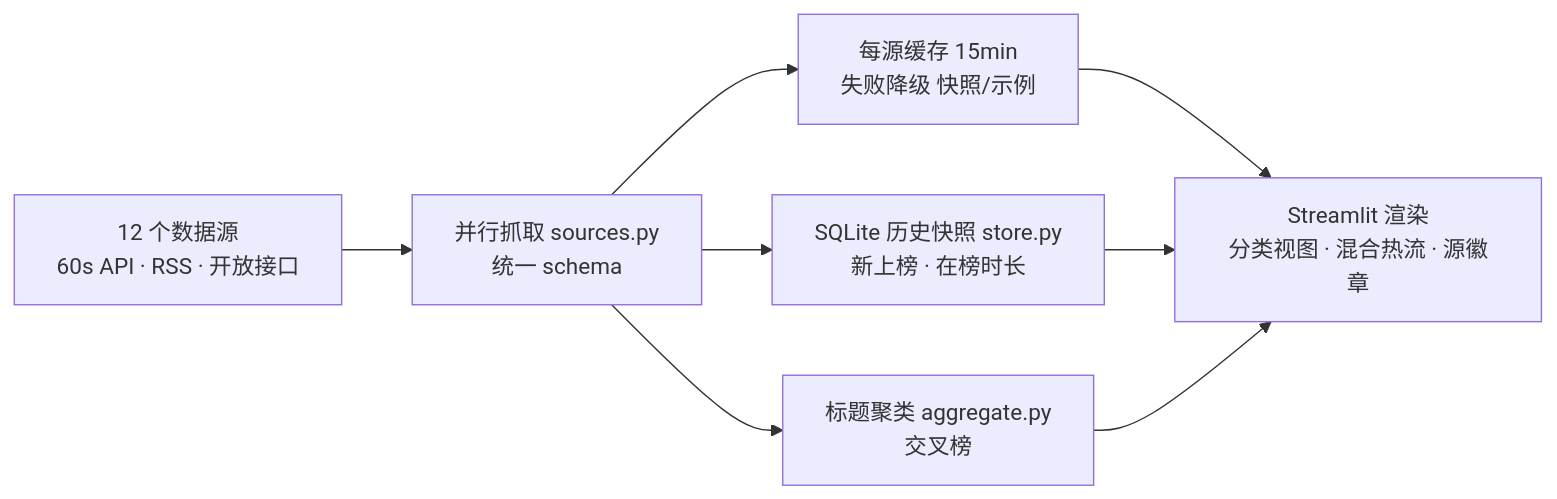
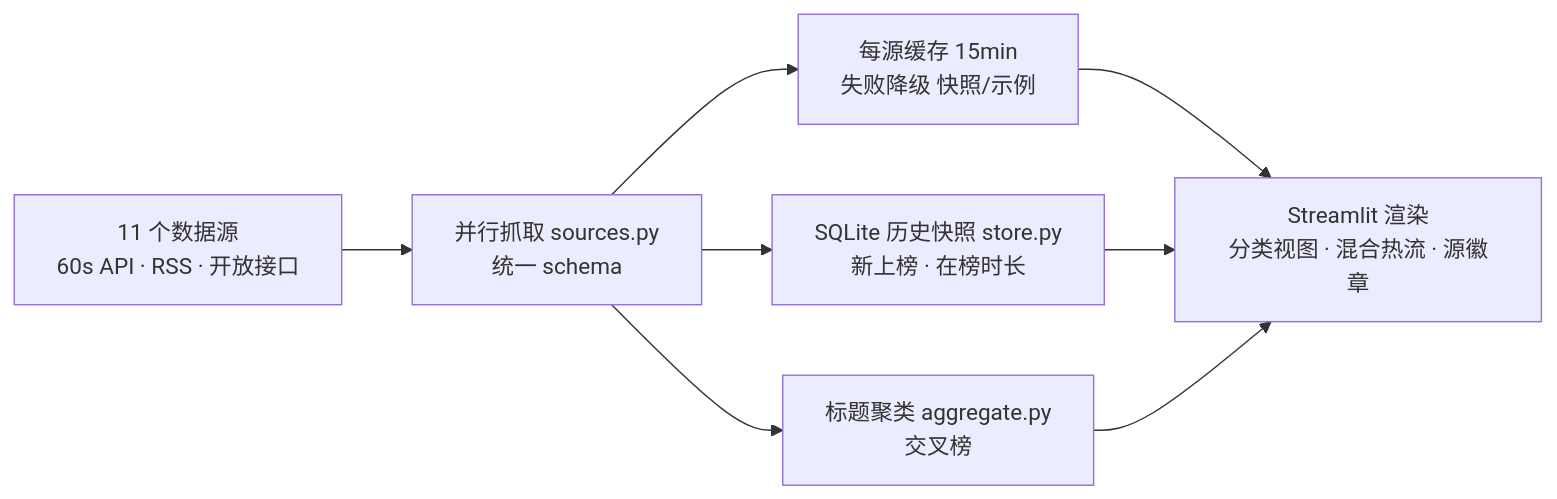
One commit to Mocas-12/baiduhotsearch changed the diagram in README.zh-CN.md. Above: the diagram before and after it, drawn with Mermaid. The commit also changed other lines of this file and 3 other files, not shown here.

````diff
--- a/README.zh-CN.md
+++ b/README.zh-CN.md
@@ -73,10 +72,10 @@
 ```mermaid
 flowchart LR
-    A[12 个数据源<br/>60s API · RSS · 开放接口] --> B[并行抓取 sources.py<br/>统一 schema]
+    A[11 个数据源<br/>60s API · RSS · 开放接口] --> B[并行抓取 sources.py<br/>统一 schema]
     B --> C[每源缓存 15min<br/>失败降级 快照/示例]
     B --> D[SQLite 历史快照 store.py<br/>新上榜 · 在榜时长]
     B --> E[标题聚类 aggregate.py<br/>交叉榜]
     C --> F[Streamlit 渲染<br/>分类视图 · 混合热流 · 源徽章]
     D --> F
     E --> F
 ```
````
